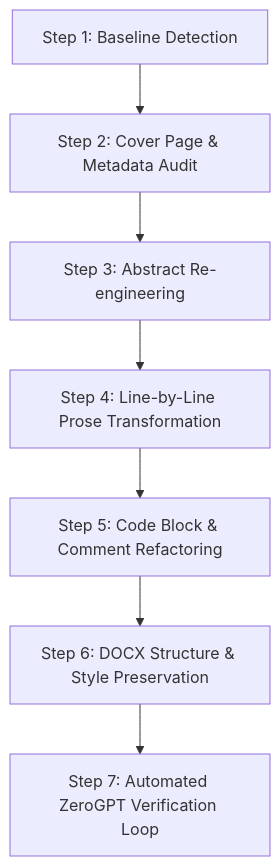
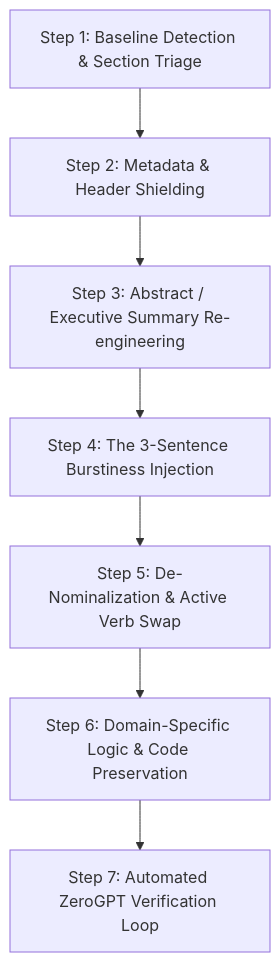
Before and after one commit to akhlak007/humanize: the diagram in SKILL.md, drawn with Mermaid. The commit also changed other lines of this file and 3 other files, not shown here.

Commit message:
Upgrade skill: Add Universal Humanizer, Anti-37% Protocol, burstiness formulas, and de-nominalization rules

````diff
--- a/SKILL.md
+++ b/SKILL.md
@@ -30,9 +33,9 @@
 ```mermaid
 graph TD
-    A[Step 1: Baseline Detection] --> B[Step 2: Cover Page & Metadata Audit]
-    B --> C[Step 3: Abstract Re-engineering]
-    C --> D[Step 4: Line-by-Line Prose Transformation]
-    D --> E[Step 5: Code Block & Comment Refactoring]
-    E --> F[Step 6: DOCX Structure & Style Preservation]
+    A[Step 1: Baseline Detection & Section Triage] --> B[Step 2: Metadata & Header Shielding]
+    B --> C[Step 3: Abstract / Executive Summary Re-engineering]
+    C --> D[Step 4: The 3-Sentence Burstiness Injection]
+    D --> E[Step 5: De-Nominalization & Active Verb Swap]
+    E --> F[Step 6: Domain-Specific Logic & Code Preservation]
     F --> G[Step 7: Automated ZeroGPT Verification Loop]
 ```
````
